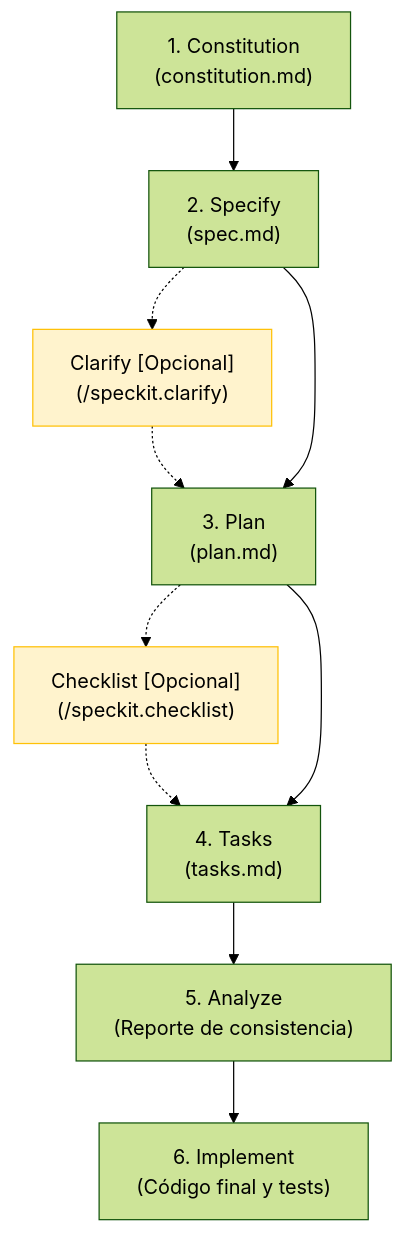
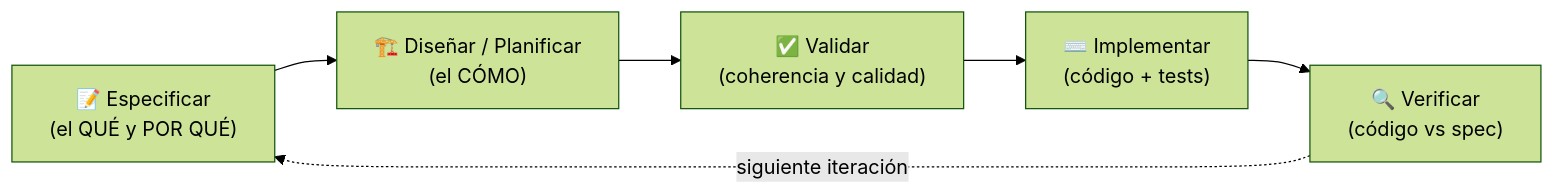
One commit to comejia/spec-driven-development-project changed the diagram in README.md. Above: the diagram before and after it, drawn with Mermaid (forest theme). The commit also changed other lines of this file and 2 other files, not shown here.

First line of the commit message:
docs: divide el README raíz en resumen genérico y READMEs por tema

````diff
--- a/README.md
+++ b/README.md
@@ -23,15 +36,8 @@
 ```mermaid
-flowchart TD
-    A["1. Constitution\n(constitution.md)"] --> B["2. Specify\n(spec.md)"]
-    B -.-> B2["Clarify [Opcional]\n(/speckit.clarify)"]
-    B2 -.-> C["3. Plan\n(plan.md)"]
-    B --> C
-    C -.-> C2["Checklist [Opcional]\n(/speckit.checklist)"]
-    C2 -.-> D["4. Tasks\n(tasks.md)"]
-    C --> D
-    D --> E["5. Analyze\n(Reporte de consistencia)"]
-    E --> F["6. Implement\n(Código final y tests)"]
-
-    style B2 fill:#fff3cd,stroke:#ffc107,stroke-width:1px
-    style C2 fill:#fff3cd,stroke:#ffc107,stroke-width:1px
+flowchart LR
+    A["📝 Especificar\n(el QUÉ y POR QUÉ)"] --> B["🏗️ Diseñar / Planificar\n(el CÓMO)"]
+    B --> C["✅ Validar\n(coherencia y calidad)"]
+    C --> D["⌨️ Implementar\n(código + tests)"]
+    D --> E["🔍 Verificar\n(código vs spec)"]
+    E -.->|"siguiente iteración"| A
 ```
````
